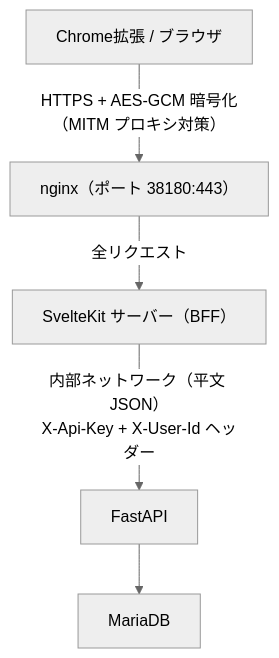
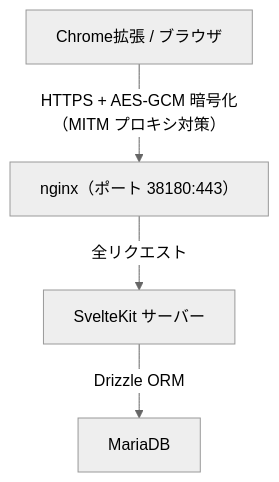
One commit to ak110/GLATasks2 changed the first of 2 diagrams in docs/architecture.md. Above: the diagram before and after it, drawn with Mermaid (neutral theme). The commit also changed other lines of this file and 105 other files, not shown here.

First line of the commit message:
FastAPI廃止: SvelteKit + Drizzle ORM に一本化 + 設定ファイルをルートに整理

````diff
--- a/docs/architecture.md
+++ b/docs/architecture.md
@@ -22,13 +21,11 @@
 ```mermaid
 flowchart TB
     Browser["Chrome拡張 / ブラウザ"]
     Nginx["nginx（ポート 38180:443）"]
-    SK["SvelteKit サーバー（BFF）"]
-    FA["FastAPI"]
+    SK["SvelteKit サーバー"]
     DB["MariaDB"]
 
     Browser -- "HTTPS + AES-GCM 暗号化（MITM プロキシ対策）" --> Nginx
     Nginx -- "全リクエスト" --> SK
-    SK -- "内部ネットワーク（平文 JSON）\nX-Api-Key + X-User-Id ヘッダー" --> FA
-    FA --> DB
+    SK -- "Drizzle ORM" --> DB
 ```
````
